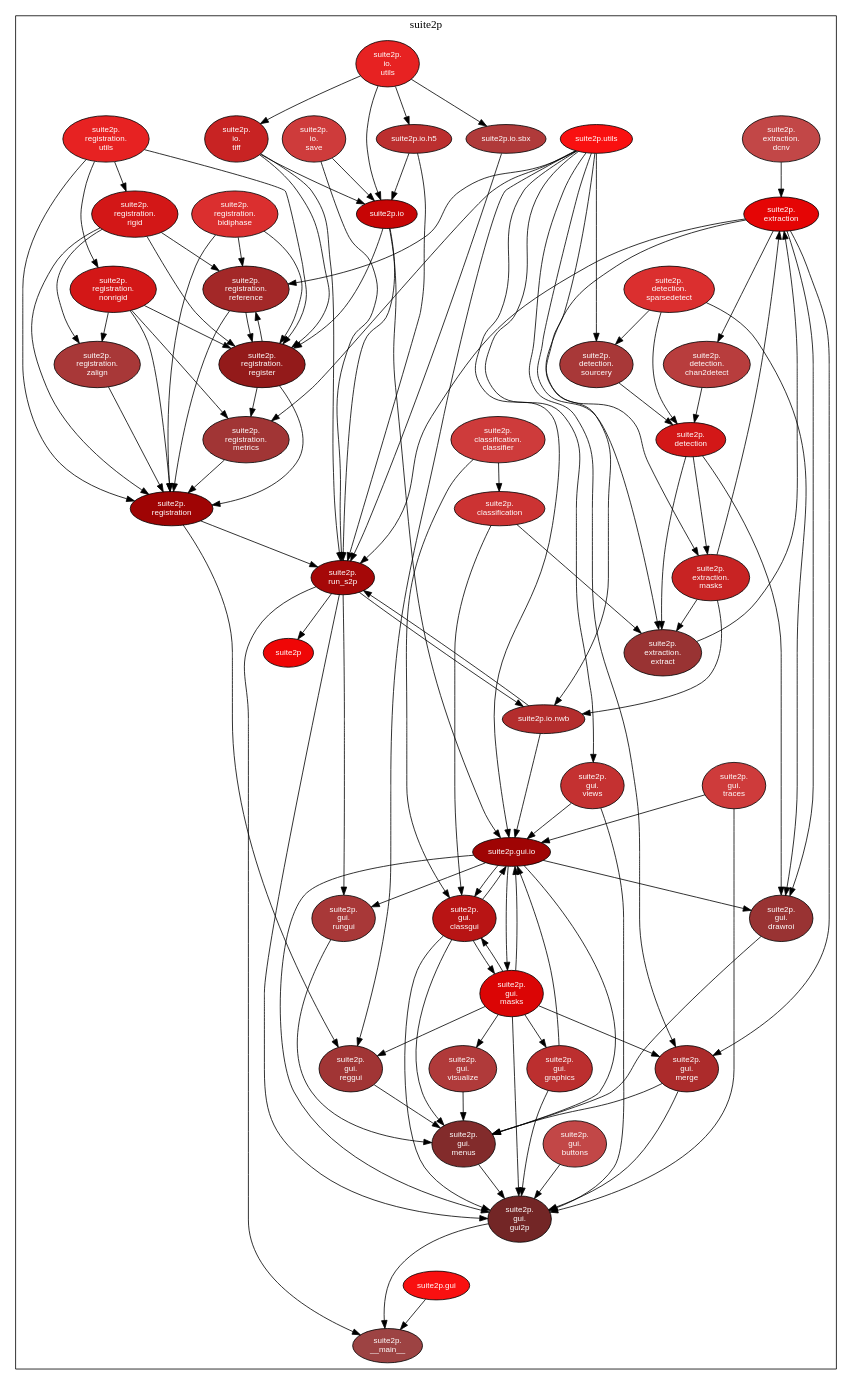
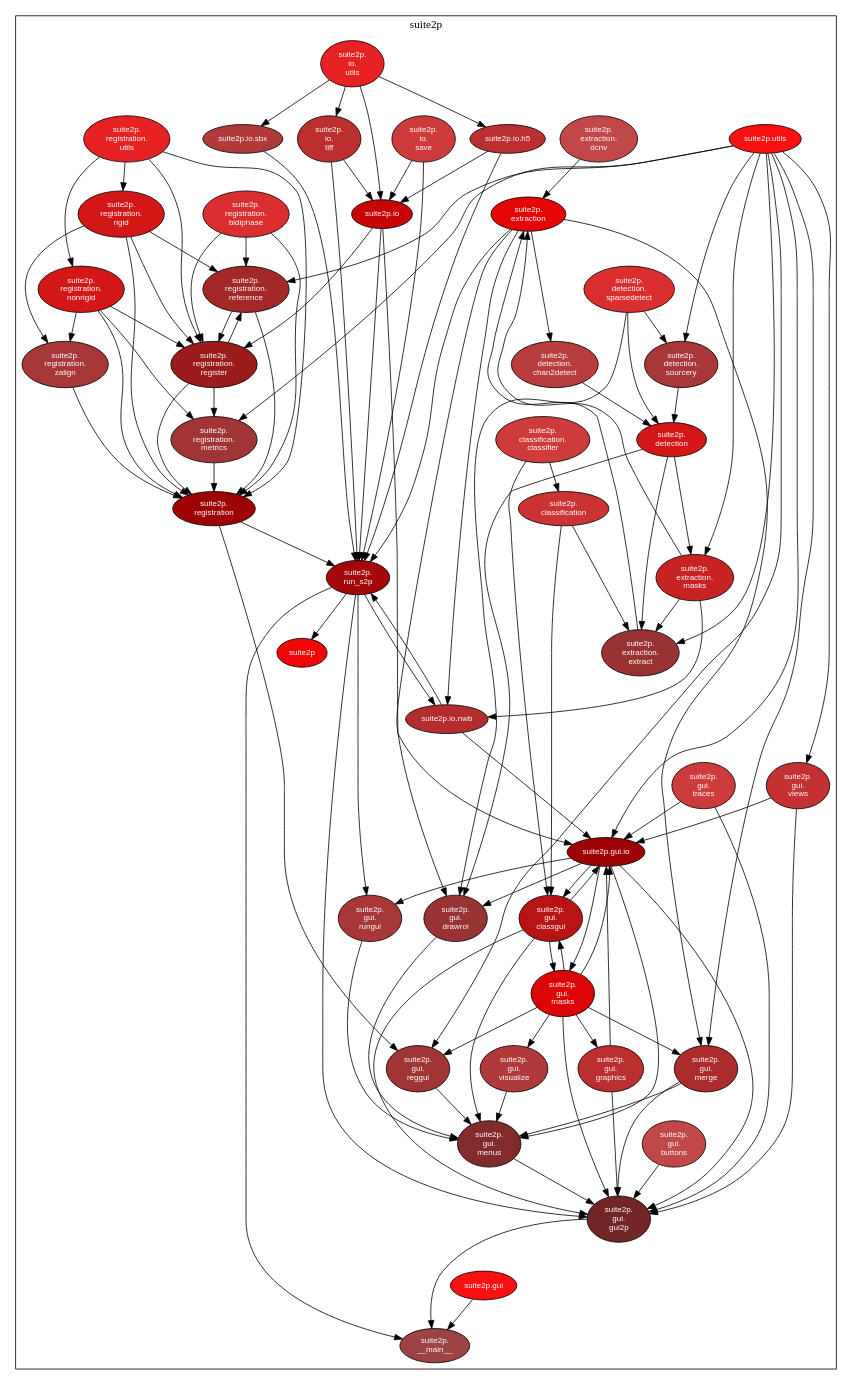
Before and after one commit to MouseLand/suite2p: the diagram in scripts/suite2p.dot, drawn with Graphviz. The commit also changed 4 other files, not shown here.

```diff
--- a/scripts/suite2p.dot
+++ b/scripts/suite2p.dot
@@ -39,14 +39,14 @@
     suite2p_io_nwb [fillcolor="#b42d2d",fontcolor="#ffffff",label="suite2p.io.nwb"];
     suite2p_io_save [fillcolor="#ce3b3b",fontcolor="#ffffff",label="suite2p\.\nio\.\nsave"];
     suite2p_io_sbx [fillcolor="#b03a3a",fontcolor="#ffffff",label="suite2p.io.sbx"];
-    suite2p_io_tiff [fillcolor="#c82323",fontcolor="#ffffff",label="suite2p\.\nio\.\ntiff"];
+    suite2p_io_tiff [fillcolor="#bc2f2f",fontcolor="#ffffff",label="suite2p\.\nio\.\ntiff"];
     suite2p_io_utils [fillcolor="#e72222",fontcolor="#ffffff",label="suite2p\.\nio\.\nutils"];
     suite2p_registration [fillcolor="#9f0404",fontcolor="#ffffff",label="suite2p\.\nregistration"];
     suite2p_registration_bidiphase [fillcolor="#db2f2f",fontcolor="#ffffff",label="suite2p\.\nregistration\.\nbidiphase"];
     suite2p_registration_metrics [fillcolor="#a13535",fontcolor="#ffffff",label="suite2p\.\nregistration\.\nmetrics"];
     suite2p_registration_nonrigid [fillcolor="#d31717",fontcolor="#ffffff",label="suite2p\.\nregistration\.\nnonrigid"];
     suite2p_registration_reference [fillcolor="#a32828",fontcolor="#ffffff",label="suite2p\.\nregistration\.\nreference"];
-    suite2p_registration_register [fillcolor="#931a1a",fontcolor="#ffffff",label="suite2p\.\nregistration\.\nregister"];
+    suite2p_registration_register [fillcolor="#9c1b1b",fontcolor="#ffffff",label="suite2p\.\nregistration\.\nregister"];
     suite2p_registration_rigid [fillcolor="#d31717",fontcolor="#ffffff",label="suite2p\.\nregistration\.\nrigid"];
     suite2p_registration_utils [fillcolor="#e72222",fontcolor="#ffffff",label="suite2p\.\nregistration\.\nutils"];
     suite2p_registration_zalign [fillcolor="#a83838",fontcolor="#ffffff",label="suite2p\.\nregistration\.\nzalign"];
@@ -119,7 +119,6 @@
     suite2p_io_save -> suite2p_run_s2p [fillcolor="#000000",minlen="2"];
     suite2p_io_sbx -> suite2p_run_s2p [fillcolor="#000000",minlen="2"];
     suite2p_io_tiff -> suite2p_io [fillcolor="#000000",weight="2"];
-    suite2p_io_tiff -> suite2p_registration_register [fillcolor="#000000",minlen="2"];
     suite2p_io_tiff -> suite2p_run_s2p [fillcolor="#000000",minlen="2"];
     suite2p_io_utils -> suite2p_io [fillcolor="#000000",weight="2"];
     suite2p_io_utils -> suite2p_io_h5 [fillcolor="#000000",weight="2"];
```
